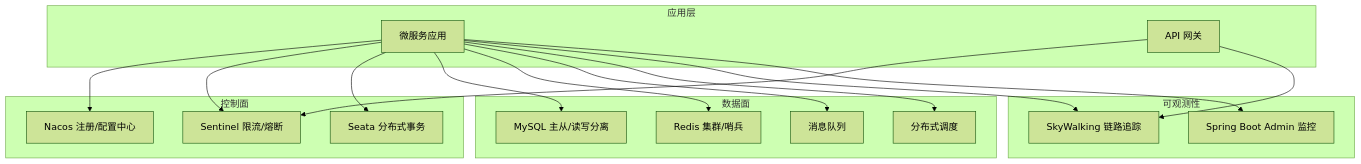
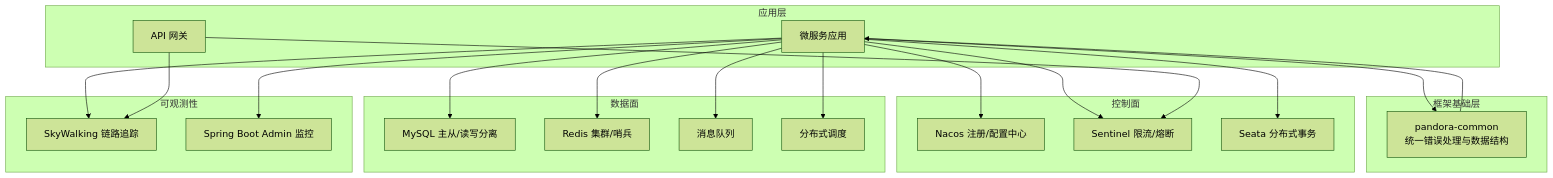
One commit to guanglei93/pandora-cloud changed the third of 11 diagrams in .qoder/repowiki/zh/content/架构设计/架构设计.md. Above: the diagram before and after it, drawn with Mermaid (forest theme). The commit also changed other lines of this file and 5 other files, not shown here.

Commit message:
docs: 更新架构设计文档、核心组件文档，新增 pandora-common 模块说明

````diff
--- a/.qoder/repowiki/zh/content/架构设计/架构设计.md
+++ b/.qoder/repowiki/zh/content/架构设计/架构设计.md
@@ -89,33 +190,38 @@
 ```mermaid
 graph TB
 subgraph "应用层"
 MicroServices["微服务应用"]
 Gateway["API 网关"]
+end
+subgraph "框架基础层"
+Common["pandora-common<br/>统一错误处理与数据结构"]
 end
 subgraph "控制面"
 Nacos["Nacos 注册/配置中心"]
 Sentinel["Sentinel 限流/熔断"]
 Seata["Seata 分布式事务"]
 end
 subgraph "数据面"
 MySQL["MySQL 主从/读写分离"]
 Redis["Redis 集群/哨兵"]
 RocketMQ["消息队列"]
 XXLJob["分布式调度"]
 end
 subgraph "可观测性"
 Sky["SkyWalking 链路追踪"]
 SBA["Spring Boot Admin 监控"]
 end
+MicroServices --> Common
 MicroServices --> Nacos
 MicroServices --> Sentinel
 MicroServices --> Seata
 MicroServices --> MySQL
 MicroServices --> Redis
 MicroServices --> RocketMQ
 MicroServices --> XXLJob
 MicroServices --> Sky
 MicroServices --> SBA
 Gateway --> Sentinel
 Gateway --> Sky
+Common --> MicroServices
 ```
````
